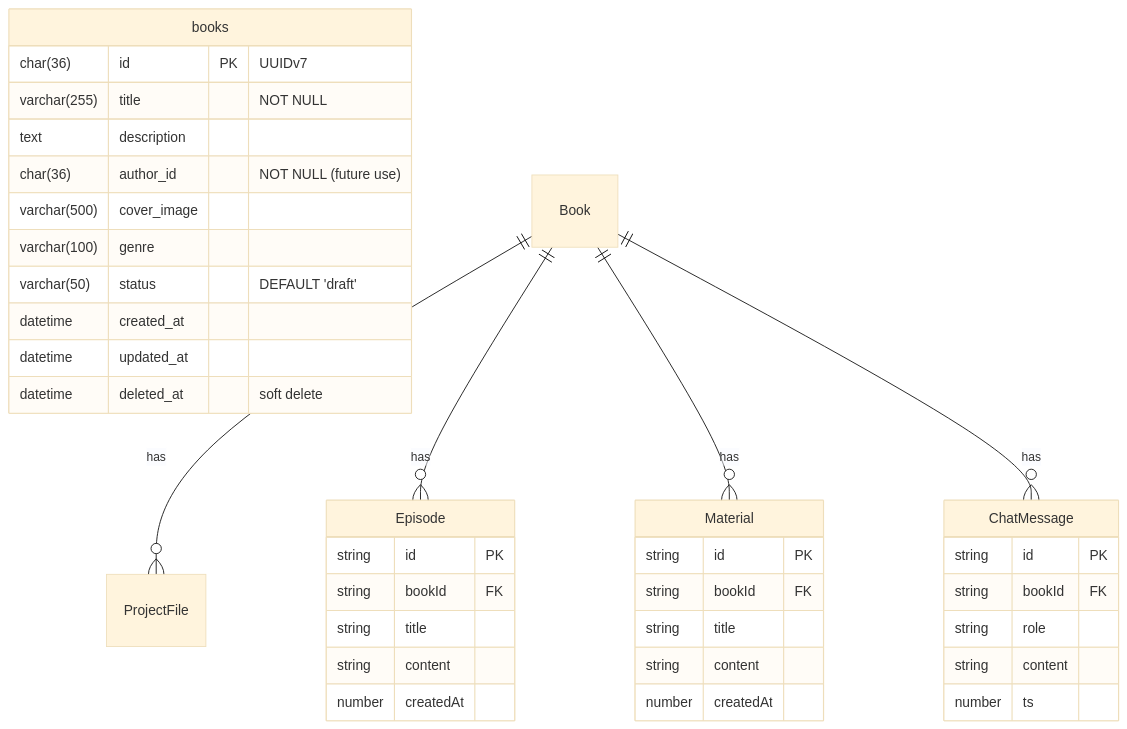
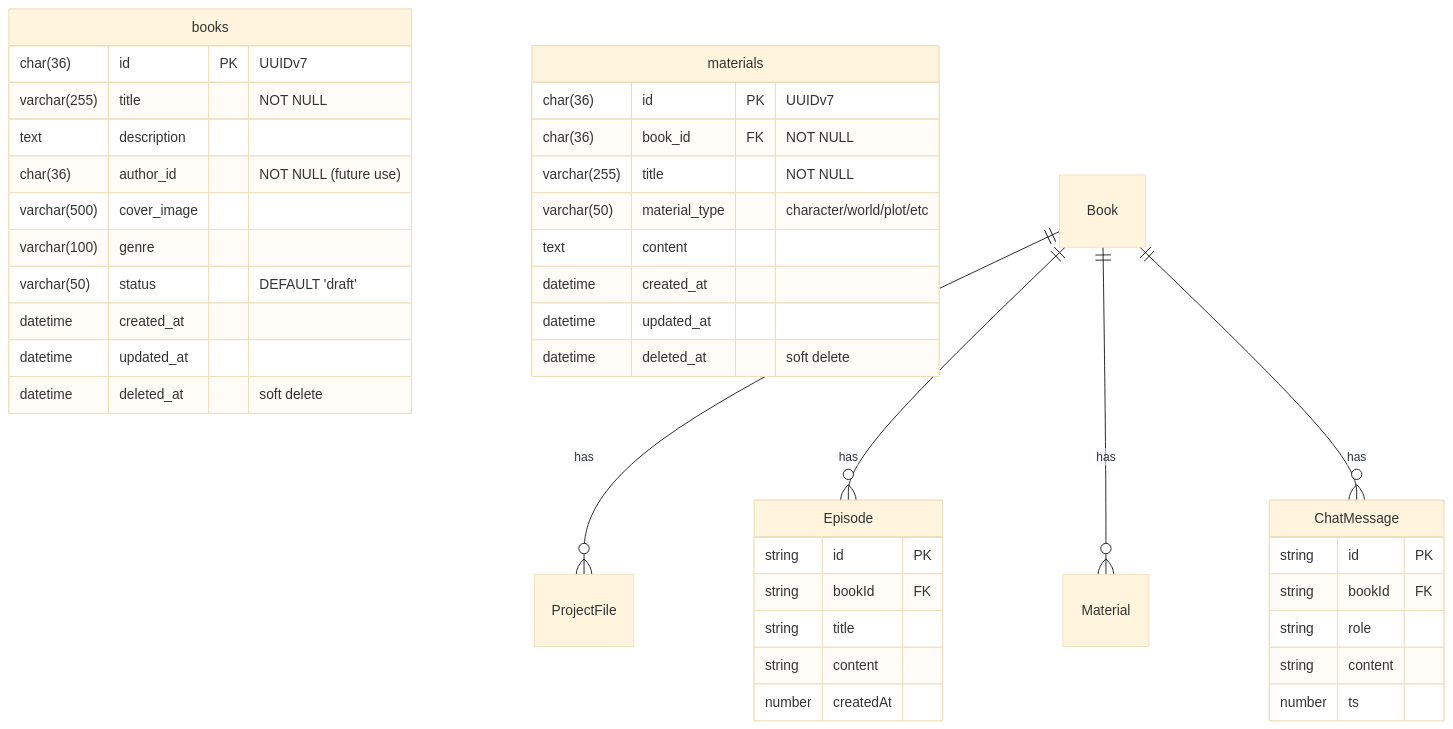
The diagram in er_diagram.md (ray03j/openapi-challecara), drawn with Mermaid (base theme) before and after one commit.

Commit message:
fix: Material ER diagram

````diff
--- a/er_diagram.md
+++ b/er_diagram.md
@@ -1,45 +1,48 @@
 ```mermaid
 erDiagram
     books {
         char(36) id PK "UUIDv7"
         varchar(255) title "NOT NULL"
         text description
         char(36) author_id "NOT NULL (future use)"
         varchar(500) cover_image
         varchar(100) genre
         varchar(50) status "DEFAULT 'draft'"
         datetime created_at
         datetime updated_at
         datetime deleted_at "soft delete"
     }
 
     Episode {
         string id PK
         string bookId FK
         string title
         string content
         number createdAt
     }
 
-    Material {
-        string id PK
-        string bookId FK
-        string title
-        string content
-        number createdAt
+    materials {
+        char(36) id PK "UUIDv7"
+        char(36) book_id FK "NOT NULL"
+        varchar(255) title "NOT NULL"
+        varchar(50) material_type "character/world/plot/etc"
+        text content
+        datetime created_at
+        datetime updated_at
+        datetime deleted_at "soft delete"
     }
 
     ChatMessage {
         string id PK
         string bookId FK
         string role
         string content
         number ts
     }
 
     Book ||--o{ ProjectFile : has
     Book ||--o{ Episode : has
     Book ||--o{ Material : has
     Book ||--o{ ChatMessage : has
 
 ```
````
